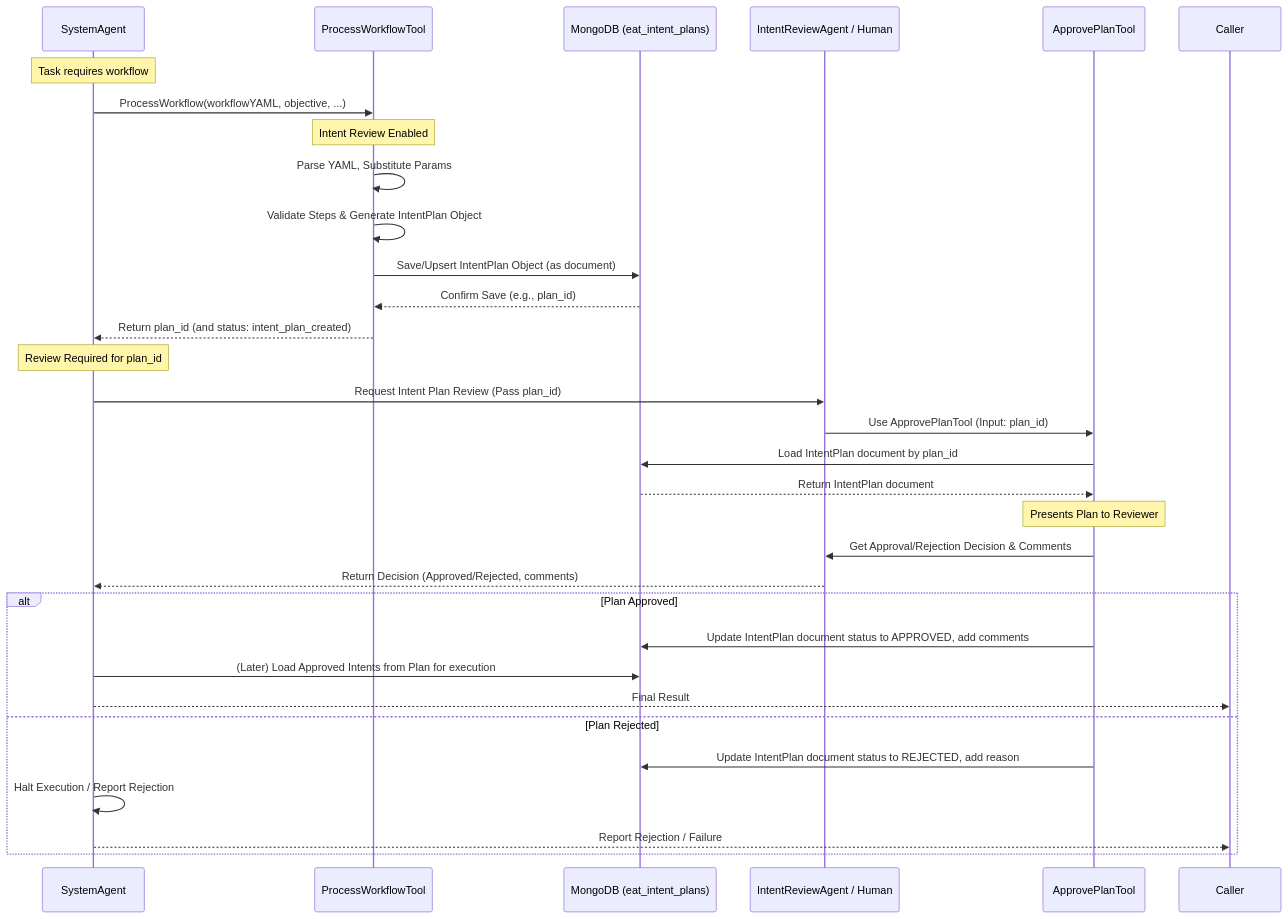
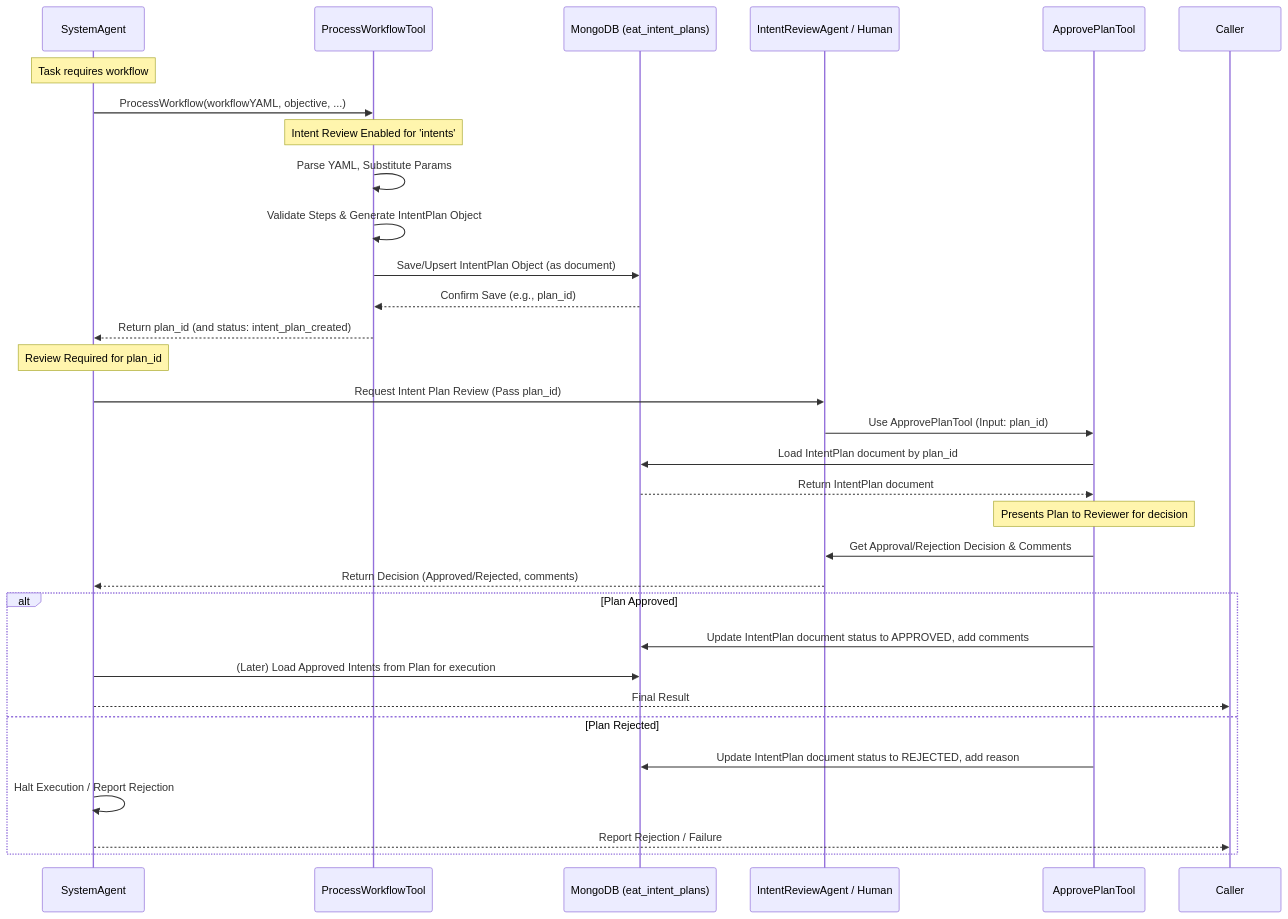
One commit to matiasmolinas/evolving-agents changed the fifth of 5 diagrams in docs/ARCHITECTURE.md. Above: the diagram before and after it, drawn with Mermaid. The commit also changed other lines of this file, not shown here.

Commit message:
fix architecture document

````diff
--- a/docs/ARCHITECTURE.md
+++ b/docs/ARCHITECTURE.md
@@ -324,36 +436,36 @@
 ```mermaid
 sequenceDiagram
     participant SysA as SystemAgent
     participant PWT as ProcessWorkflowTool
     participant MongoDBReview as MongoDB (eat_intent_plans)
     participant Reviewer as IntentReviewAgent / Human
     participant APT as ApprovePlanTool
 
     Note over SysA: Task requires workflow
     SysA->>PWT: ProcessWorkflow(workflowYAML, objective, ...)
-    Note over PWT: Intent Review Enabled
+    Note over PWT: Intent Review Enabled for 'intents'
     PWT->>PWT: Parse YAML, Substitute Params
     PWT->>PWT: Validate Steps & Generate IntentPlan Object
     PWT->>MongoDBReview: Save/Upsert IntentPlan Object (as document)
     MongoDBReview-->>PWT: Confirm Save (e.g., plan_id)
     PWT-->>SysA: Return plan_id (and status: intent_plan_created)
 
     Note over SysA: Review Required for plan_id
     SysA->>Reviewer: Request Intent Plan Review (Pass plan_id)
     Reviewer->>APT: Use ApprovePlanTool (Input: plan_id)
     APT->>MongoDBReview: Load IntentPlan document by plan_id
     MongoDBReview-->>APT: Return IntentPlan document
-    Note over APT: Presents Plan to Reviewer
+    Note over APT: Presents Plan to Reviewer for decision
     APT->>Reviewer: Get Approval/Rejection Decision & Comments
     Reviewer-->>SysA: Return Decision (Approved/Rejected, comments)
 
     alt Plan Approved
         APT->>MongoDBReview: Update IntentPlan document status to APPROVED, add comments
         SysA->>MongoDBReview: (Later) Load Approved Intents from Plan for execution
         SysA-->>Caller: Final Result
     else Plan Rejected
         APT->>MongoDBReview: Update IntentPlan document status to REJECTED, add reason
         SysA->>SysA: Halt Execution / Report Rejection
         SysA-->>Caller: Report Rejection / Failure
     end
 ```
````
